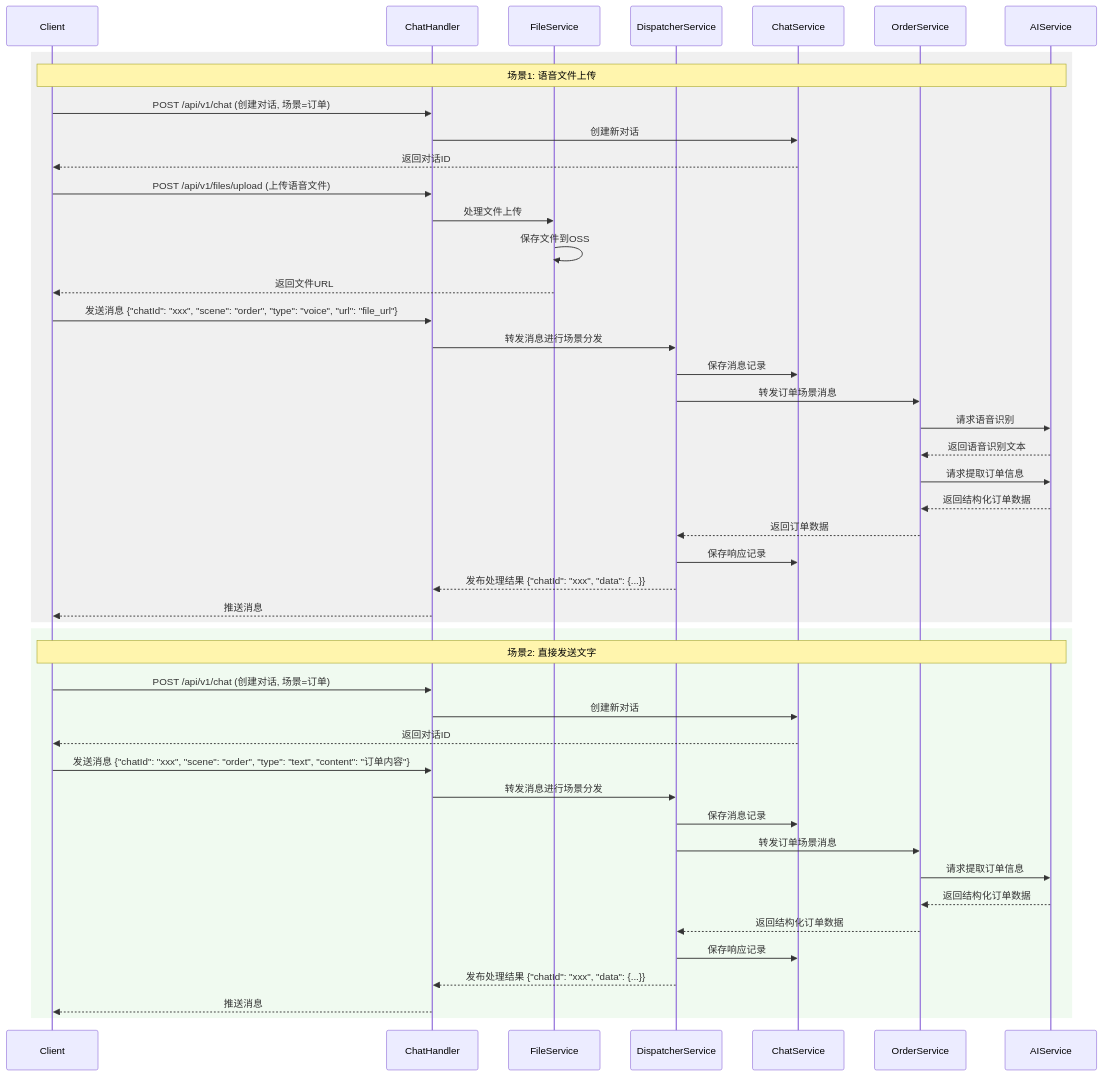
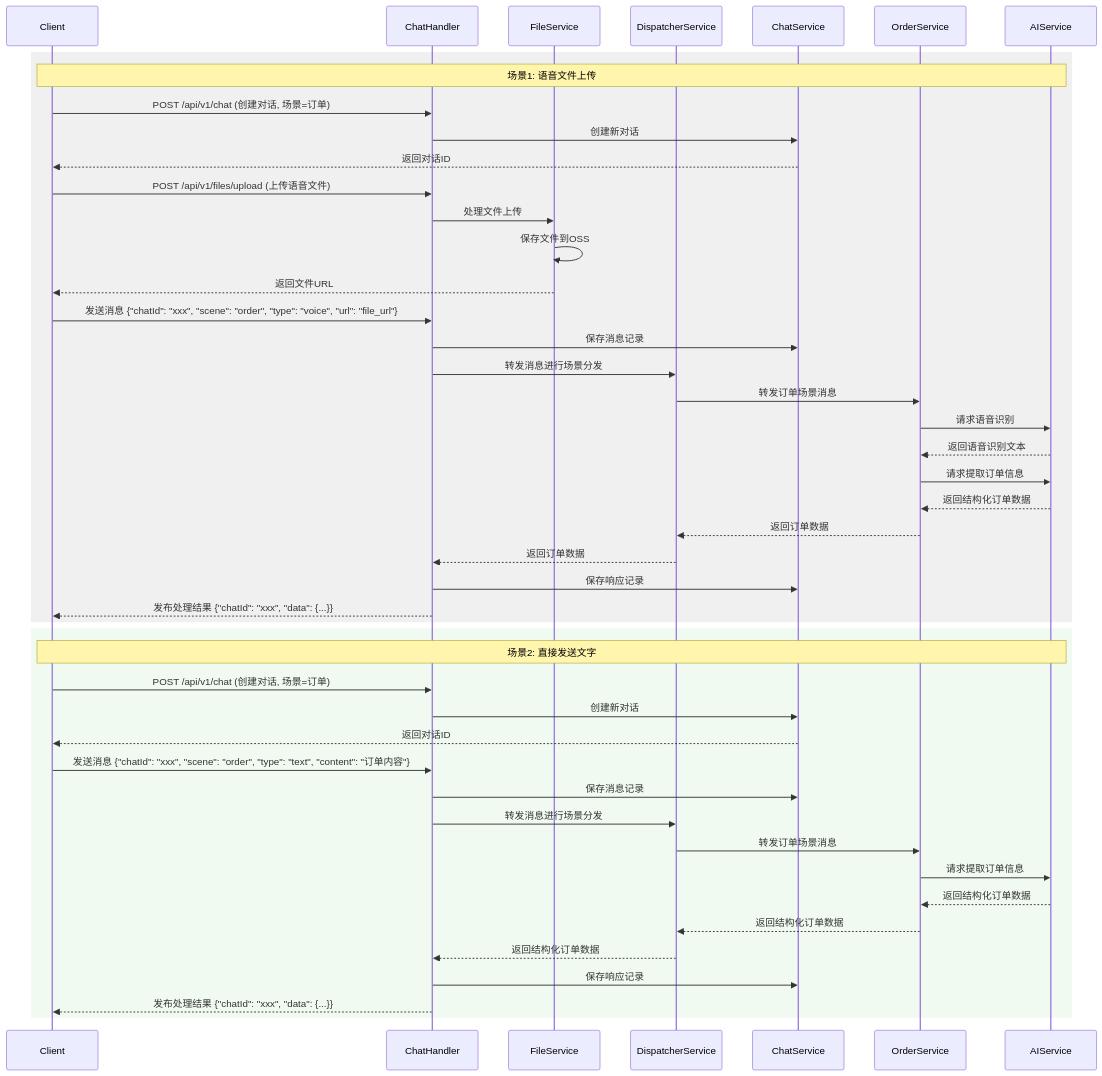
Before and after one commit to hanhzf/aiops: the second of 4 diagrams in ai-coding/output/应用软件交互时序图.md, drawn with Mermaid. The commit also changed other lines of this file and 2 other files, not shown here.

````diff
--- a/ai-coding/output/应用软件交互时序图.md
+++ b/ai-coding/output/应用软件交互时序图.md
@@ -69,59 +73,59 @@
 ```mermaid
 sequenceDiagram
     participant Client
     participant ChatHandler
     participant FileService
     participant DispatcherService
     participant ChatService
     participant OrderService
     participant AIService
 
     %% %% WebSocket连接建立（只需要建立一次）
     %% Client->>ChatHandler: 建立WebSocket连接
     %% ChatHandler-->>Client: 连接确认
 
     %% 场景1: 语音文件上传流程
     rect rgb(240, 240, 240)
         Note over Client,AIService: 场景1: 语音文件上传
         Client->>ChatHandler: POST /api/v1/chat (创建对话, 场景=订单)
         ChatHandler->>ChatService: 创建新对话
         ChatService-->>Client: 返回对话ID
         
         Client->>ChatHandler: POST /api/v1/files/upload (上传语音文件)
         ChatHandler->>FileService: 处理文件上传
         FileService->>FileService: 保存文件到OSS
         FileService-->>Client: 返回文件URL
         
         Client->>ChatHandler: 发送消息 {"chatId": "xxx", "scene": "order", "type": "voice", "url": "file_url"}
+        ChatHandler->>ChatService: 保存消息记录
         ChatHandler->>DispatcherService: 转发消息进行场景分发
-        DispatcherService->>ChatService: 保存消息记录
         DispatcherService->>OrderService: 转发订单场景消息
         OrderService->>AIService: 请求语音识别
         AIService-->>OrderService: 返回语音识别文本
         OrderService->>AIService: 请求提取订单信息
         AIService-->>OrderService: 返回结构化订单数据
         OrderService-->>DispatcherService: 返回订单数据
-        DispatcherService->>ChatService: 保存响应记录
-        DispatcherService-->>ChatHandler: 发布处理结果 {"chatId": "xxx", "data": {...}}
-        ChatHandler-->>Client: 推送消息
+        DispatcherService-->>ChatHandler: 返回订单数据
+        ChatHandler->>ChatService: 保存响应记录
+        ChatHandler-->>Client: 发布处理结果 {"chatId": "xxx", "data": {...}}
     end
 
     %% 场景2: 直接发送文字流程
     rect rgb(240, 250, 240)
         Note over Client,AIService: 场景2: 直接发送文字
         Client->>ChatHandler: POST /api/v1/chat (创建对话, 场景=订单)
         ChatHandler->>ChatService: 创建新对话
         ChatService-->>Client: 返回对话ID
         
         Client->>ChatHandler: 发送消息 {"chatId": "xxx", "scene": "order", "type": "text", "content": "订单内容"}
+        ChatHandler->>ChatService: 保存消息记录
         ChatHandler->>DispatcherService: 转发消息进行场景分发
-        DispatcherService->>ChatService: 保存消息记录
         DispatcherService->>OrderService: 转发订单场景消息
         OrderService->>AIService: 请求提取订单信息
         AIService-->>OrderService: 返回结构化订单数据
         OrderService-->>DispatcherService: 返回结构化订单数据
-        DispatcherService->>ChatService: 保存响应记录
-        DispatcherService-->>ChatHandler: 发布处理结果 {"chatId": "xxx", "data": {...}}
-        ChatHandler-->>Client: 推送消息
+        DispatcherService-->>ChatHandler: 返回结构化订单数据
+        ChatHandler->>ChatService: 保存响应记录
+        ChatHandler-->>Client: 发布处理结果 {"chatId": "xxx", "data": {...}}
     end
 ```
````
